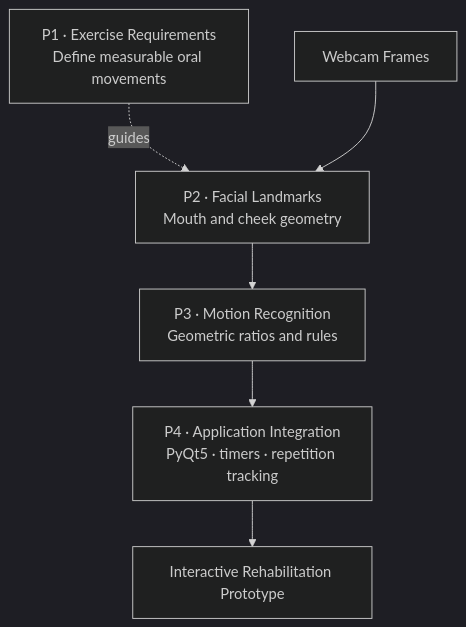
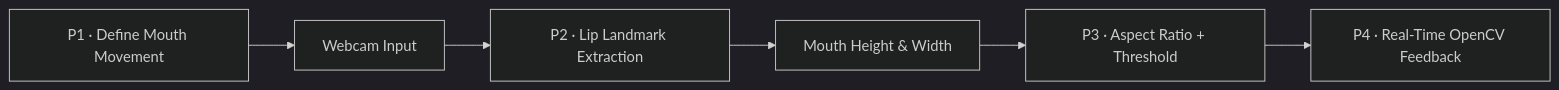
Before and after one commit to ChengYuChing/AI-Oral-Rehabilitation-System: the diagram in README.md, drawn with Mermaid (dark theme). The commit also changed other lines of this file, not shown here.

````diff
--- a/README.md
+++ b/README.md
@@ -22,12 +22,8 @@
 ```mermaid
-flowchart TD
-    A["P1 · Exercise Requirements<br/>Define measurable oral movements"]
-    B["Webcam Frames"]
-    C["P2 · Facial Landmarks<br/>Mouth and cheek geometry"]
-    D["P3 · Motion Recognition<br/>Geometric ratios and rules"]
-    E["P4 · Application Integration<br/>PyQt5 · timers · repetition tracking"]
-    F["Interactive Rehabilitation Prototype"]
-
-    A -. guides .-> C
-    B --> C --> D --> E --> F
+flowchart LR
+    A["P1 · Define Mouth Movement"] --> B["Webcam Input"]
+    B --> C["P2 · Lip Landmark Extraction"]
+    C --> D["Mouth Height & Width"]
+    D --> E["P3 · Aspect Ratio + Threshold"]
+    E --> F["P4 · Real-Time OpenCV Feedback"]
 ```
````
